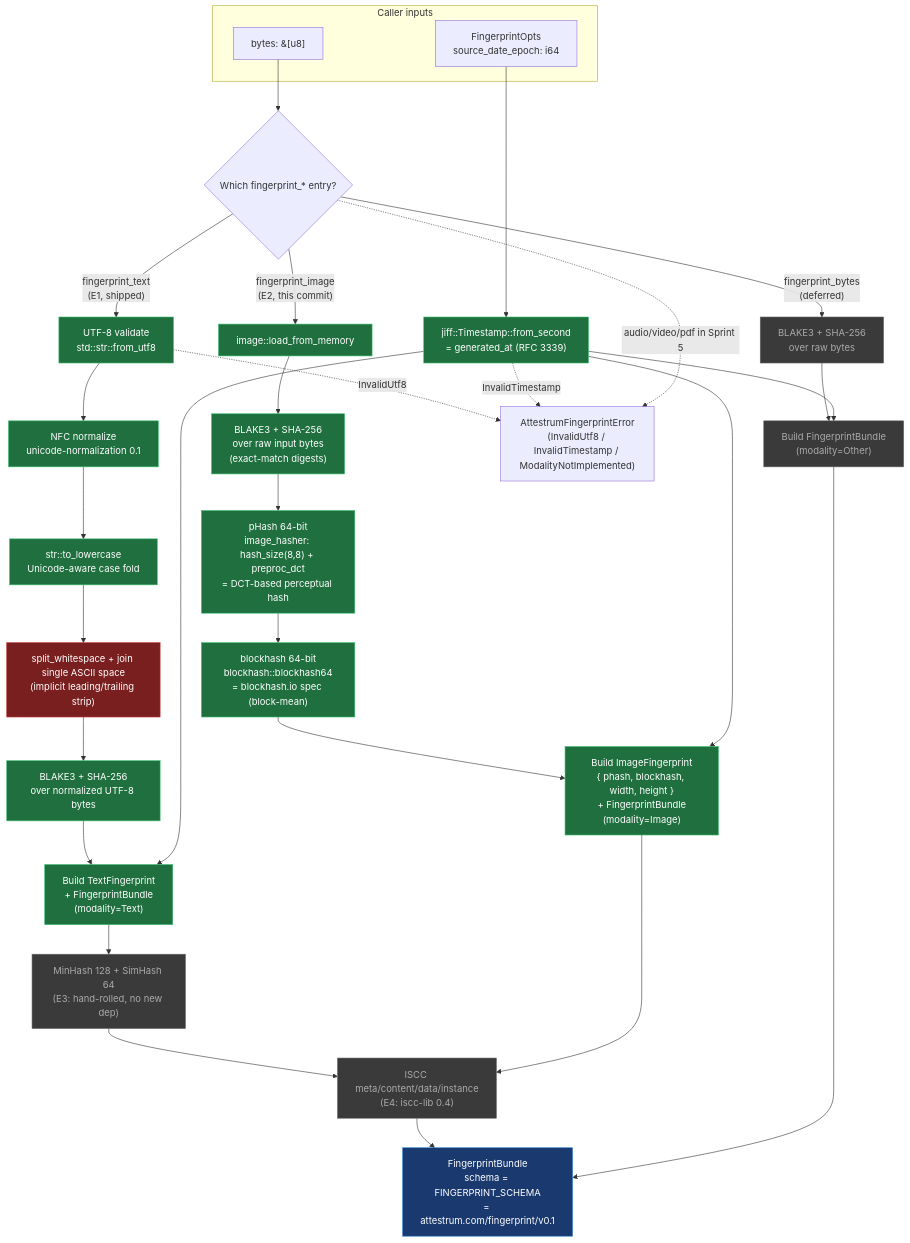
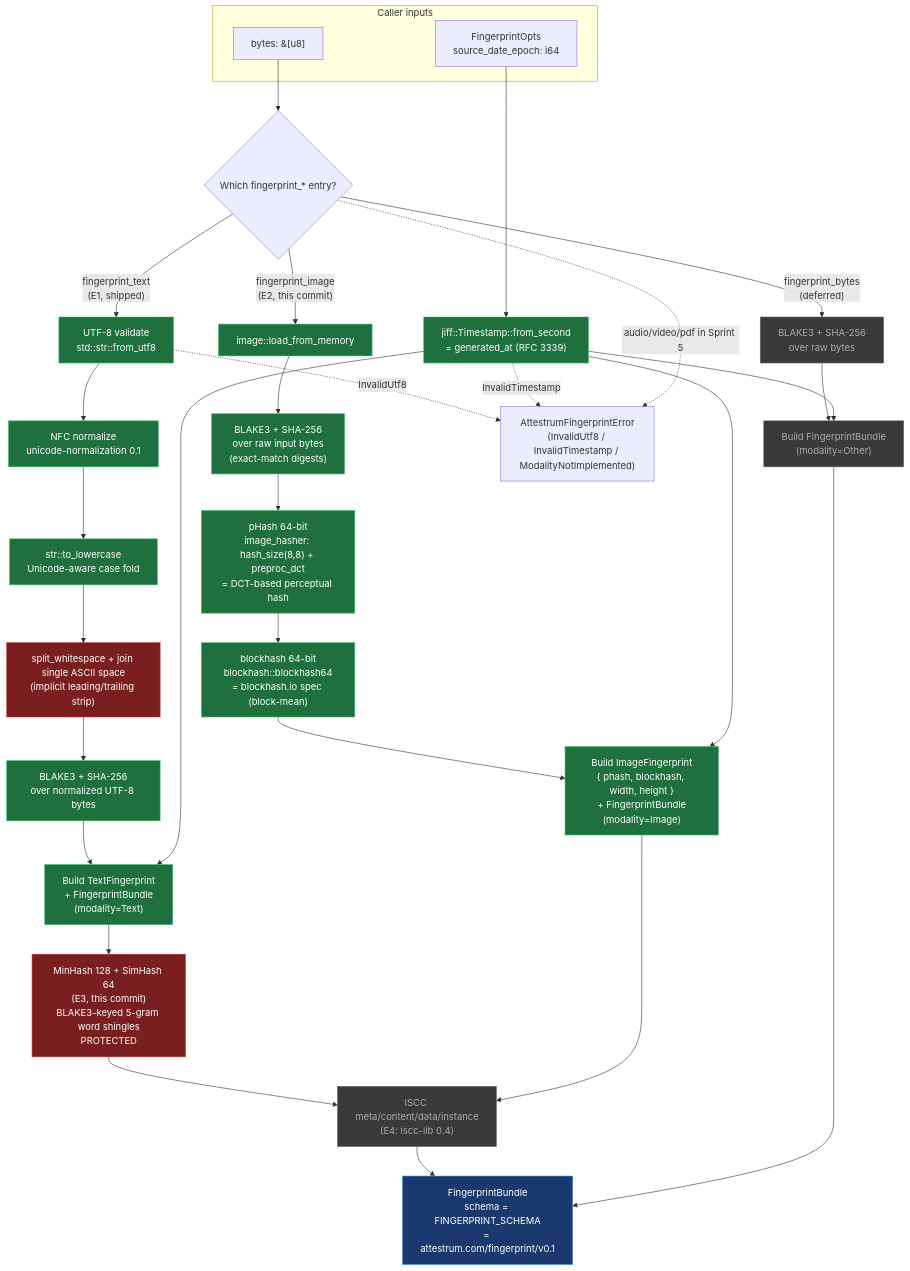
Before and after one commit to Attestrum/Attestrum: the diagram in docs/diagrams/sprint-5/fingerprint-pipeline.md, drawn with Mermaid. The commit also changed other lines of this file and 6 other files, not shown here.

````diff
--- a/docs/diagrams/sprint-5/fingerprint-pipeline.md
+++ b/docs/diagrams/sprint-5/fingerprint-pipeline.md
@@ -23,57 +23,55 @@
 ```mermaid
 flowchart TB
   classDef shipped fill:#1f6f3f,stroke:#3ec072,color:#fff
   classDef deferred fill:#3a3a3a,stroke:#666,color:#aaa
-  classDef e3Deferred fill:#3a3a3a,stroke:#666,color:#aaa
   classDef e4Deferred fill:#3a3a3a,stroke:#666,color:#aaa
   classDef protected fill:#7a1f1f,stroke:#c63737,color:#fff
   classDef output fill:#1a3a6f,stroke:#3a8ed7,color:#fff
 
   subgraph inputs["Caller inputs"]
     bytes["bytes: &[u8]"]
     opts["FingerprintOpts<br/>source_date_epoch: i64"]
   end
 
   bytes --> dispatch{"Which fingerprint_* entry?"}
 
   dispatch -->|"fingerprint_text<br/>(E1, shipped)"| utf8["UTF-8 validate<br/>std::str::from_utf8"]
   dispatch -->|"fingerprint_image<br/>(E2, this commit)"| imgDecode["image::load_from_memory"]
   dispatch -->|"fingerprint_bytes<br/>(deferred)"| rawHash["BLAKE3 + SHA-256<br/>over raw bytes"]
 
   utf8 --> nfc["NFC normalize<br/>unicode-normalization 0.1"]
   nfc --> lower["str::to_lowercase<br/>Unicode-aware case fold"]
   lower --> wsCollapse["split_whitespace + join single ASCII space<br/>(implicit leading/trailing strip)"]
   wsCollapse --> textHash["BLAKE3 + SHA-256<br/>over normalized UTF-8 bytes"]
   textHash --> textBuild["Build TextFingerprint<br/>+ FingerprintBundle<br/>(modality=Text)"]
 
   imgDecode --> imgHashRaw["BLAKE3 + SHA-256<br/>over raw input bytes<br/>(exact-match digests)"]
   imgHashRaw --> imgPhash["pHash 64-bit<br/>image_hasher: hash_size(8,8) + preproc_dct<br/>= DCT-based perceptual hash"]
   imgPhash --> imgBlockhash["blockhash 64-bit<br/>blockhash::blockhash64<br/>= blockhash.io spec (block-mean)"]
   imgBlockhash --> imgBuild["Build ImageFingerprint<br/>{ phash, blockhash, width, height }<br/>+ FingerprintBundle<br/>(modality=Image)"]
 
   rawHash --> bytesBuild["Build FingerprintBundle<br/>(modality=Other)"]
 
-  textBuild --> minHash["MinHash 128 + SimHash 64<br/>(E3: hand-rolled, no new dep)"]
+  textBuild --> minHash["MinHash 128 + SimHash 64<br/>(E3, this commit)<br/>BLAKE3-keyed 5-gram word shingles<br/>PROTECTED"]
   minHash --> isccCompose["ISCC meta/content/data/instance<br/>(E4: iscc-lib 0.4)"]
   isccCompose --> output["FingerprintBundle<br/>schema = FINGERPRINT_SCHEMA<br/>= attestrum.com/fingerprint/v0.1"]
 
   imgBuild --> isccCompose
   bytesBuild --> output
 
   opts --> ts["jiff::Timestamp::from_second<br/>= generated_at (RFC 3339)"]
   ts --> textBuild
   ts --> imgBuild
   ts --> bytesBuild
 
   error["AttestrumFingerprintError<br/>(InvalidUtf8 / InvalidTimestamp / ModalityNotImplemented)"]
   utf8 -. "InvalidUtf8" .-> error
   ts -. "InvalidTimestamp" .-> error
   dispatch -. "audio/video/pdf in Sprint 5" .-> error
 
-  class utf8,nfc,lower,wsCollapse,textHash,textBuild,ts,imgDecode,imgHashRaw,imgPhash,imgBlockhash,imgBuild shipped
+  class utf8,nfc,lower,wsCollapse,textHash,textBuild,ts,imgDecode,imgHashRaw,imgPhash,imgBlockhash,imgBuild,minHash shipped
   class rawHash,bytesBuild deferred
-  class minHash e3Deferred
   class isccCompose e4Deferred
-  class wsCollapse protected
+  class wsCollapse,minHash protected
   class output output
 ```
````
